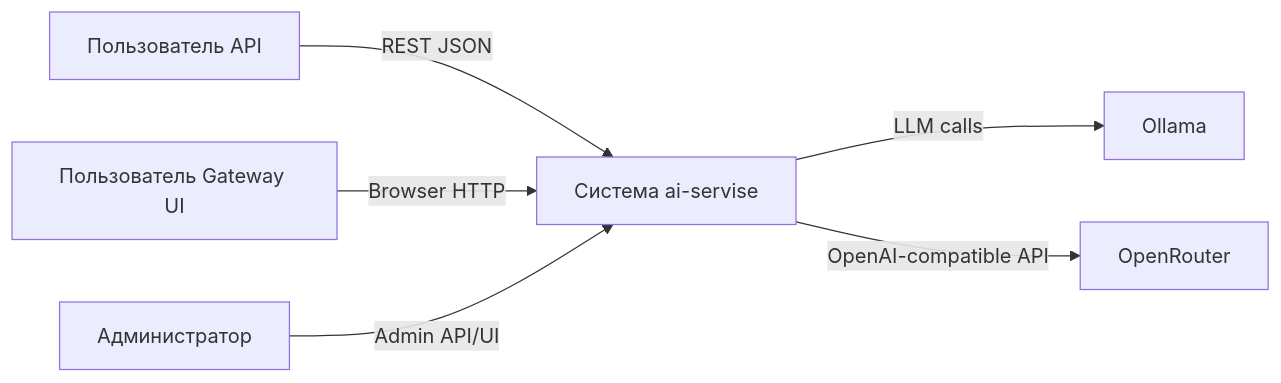
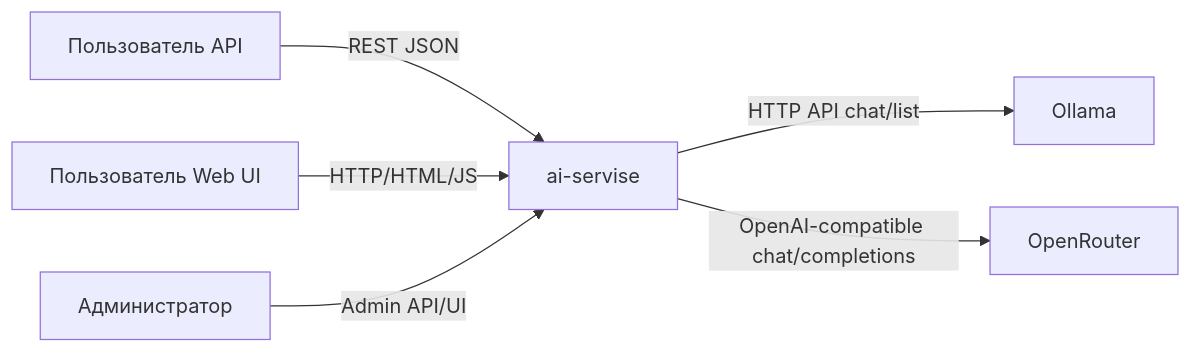
One commit to IVIproject/ILUSHENKOV_V_4254 changed the first of 12 diagrams in docs/diploma-design-section-ru.md. Above: the diagram before and after it, drawn with Mermaid. The commit also changed other lines of this file, not shown here.

Commit message:
docs: refine design chapter with concrete API, diagrams, and auth model

````diff
--- a/docs/diploma-design-section-ru.md
+++ b/docs/diploma-design-section-ru.md
@@ -88,8 +63,8 @@
 ```mermaid
 flowchart LR
-    A[Пользователь API] -->|REST JSON| S[Система ai-servise]
-    B[Пользователь Gateway UI] -->|Browser HTTP| S
-    C[Администратор] -->|Admin API/UI| S
-    S -->|LLM calls| O[Ollama]
-    S -->|OpenAI-compatible API| R[OpenRouter]
+    U1[Пользователь API] -->|REST JSON| S[ai-servise]
+    U2[Пользователь Web UI] -->|HTTP/HTML/JS| S
+    A[Администратор] -->|Admin API/UI| S
+    S -->|HTTP API chat/list| O[Ollama]
+    S -->|OpenAI-compatible chat/completions| R[OpenRouter]
 ```
````
